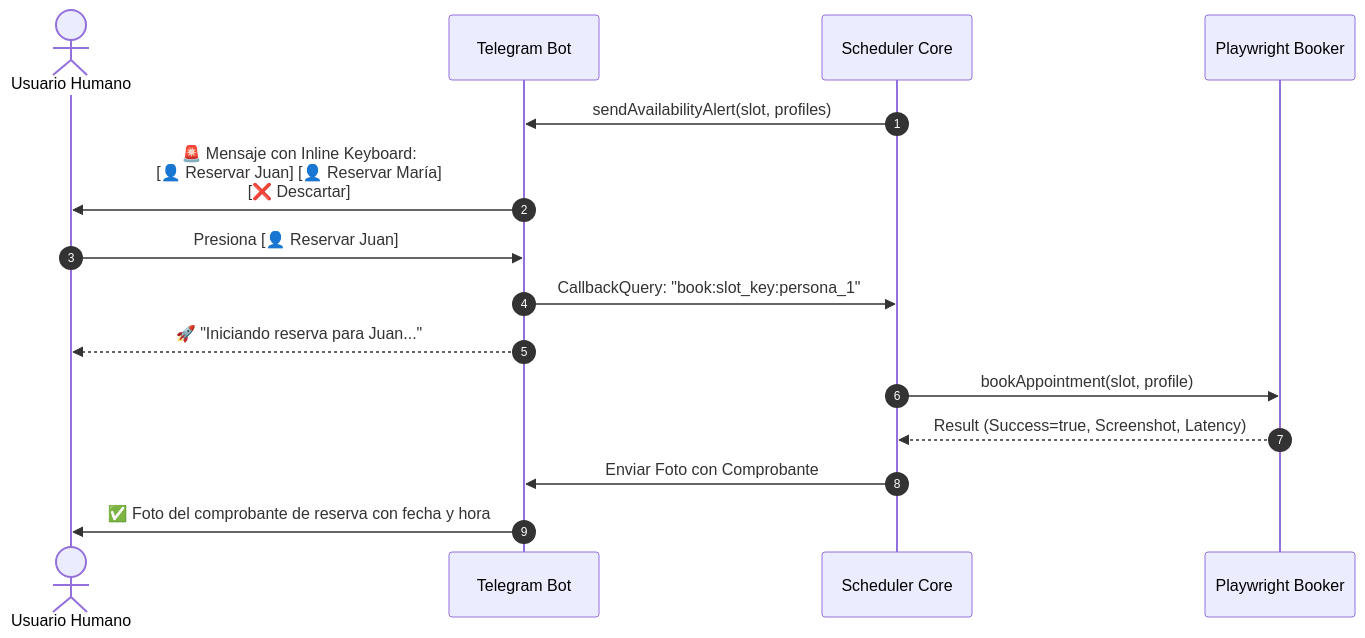
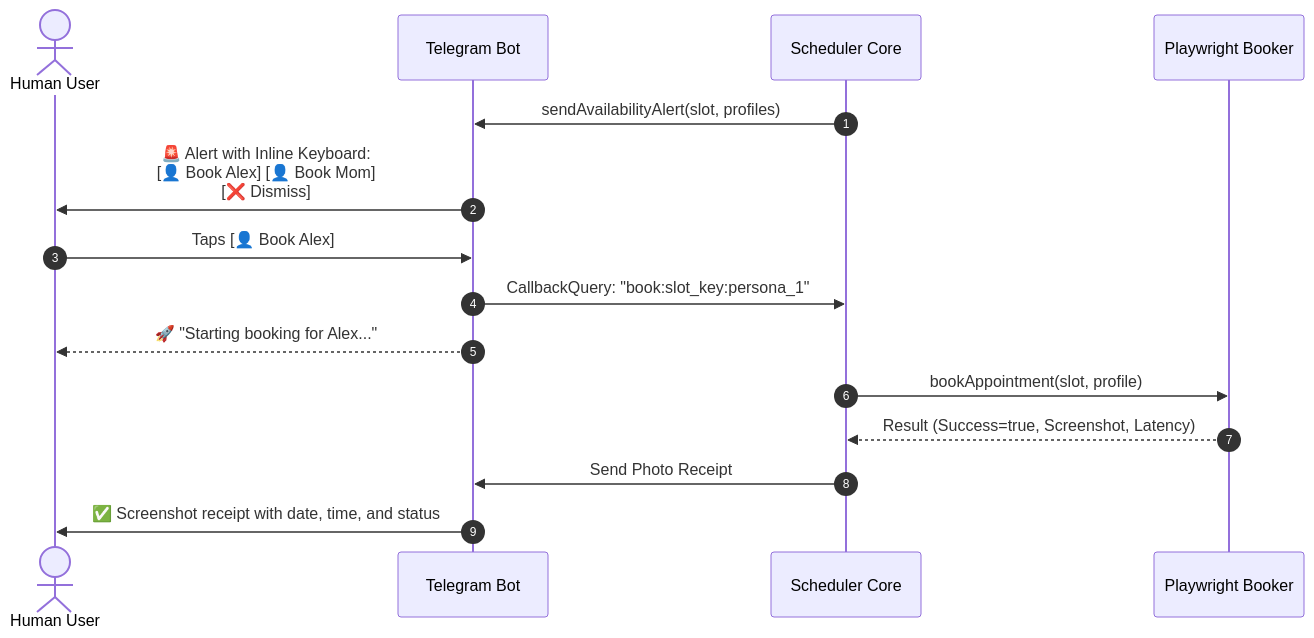
One commit to aleocampodev/SMS-Smart-Medicine-Scheduler changed the diagram in openspec/specs/telegram-notifier/spec.md. Above: the diagram before and after it, drawn with Mermaid. The commit also changed other lines of this file and 17 other files, not shown here.

````diff
--- a/openspec/specs/telegram-notifier/spec.md
+++ b/openspec/specs/telegram-notifier/spec.md
@@ -18,18 +18,18 @@
 ```mermaid
 sequenceDiagram
     autonumber
-    actor User as Usuario Humano
+    actor User as Human User
     participant TG as Telegram Bot
     participant Core as Scheduler Core
     participant Worker as Playwright Booker
 
     Core->>TG: sendAvailabilityAlert(slot, profiles)
-    TG->>User: 🚨 Mensaje con Inline Keyboard:<br/>[👤 Reservar Juan] [👤 Reservar María]<br/>[❌ Descartar]
-    User->>TG: Presiona [👤 Reservar Juan]
+    TG->>User: 🚨 Alert with Inline Keyboard:<br/>[👤 Book Alex] [👤 Book Mom]<br/>[❌ Dismiss]
+    User->>TG: Taps [👤 Book Alex]
     TG->>Core: CallbackQuery: "book:slot_key:persona_1"
-    TG-->>User: 🚀 "Iniciando reserva para Juan..."
+    TG-->>User: 🚀 "Starting booking for Alex..."
     Core->>Worker: bookAppointment(slot, profile)
     Worker-->>Core: Result (Success=true, Screenshot, Latency)
-    Core->>TG: Enviar Foto con Comprobante
-    TG->>User: ✅ Foto del comprobante de reserva con fecha y hora
+    Core->>TG: Send Photo Receipt
+    TG->>User: ✅ Screenshot receipt with date, time, and status
 ```
````
